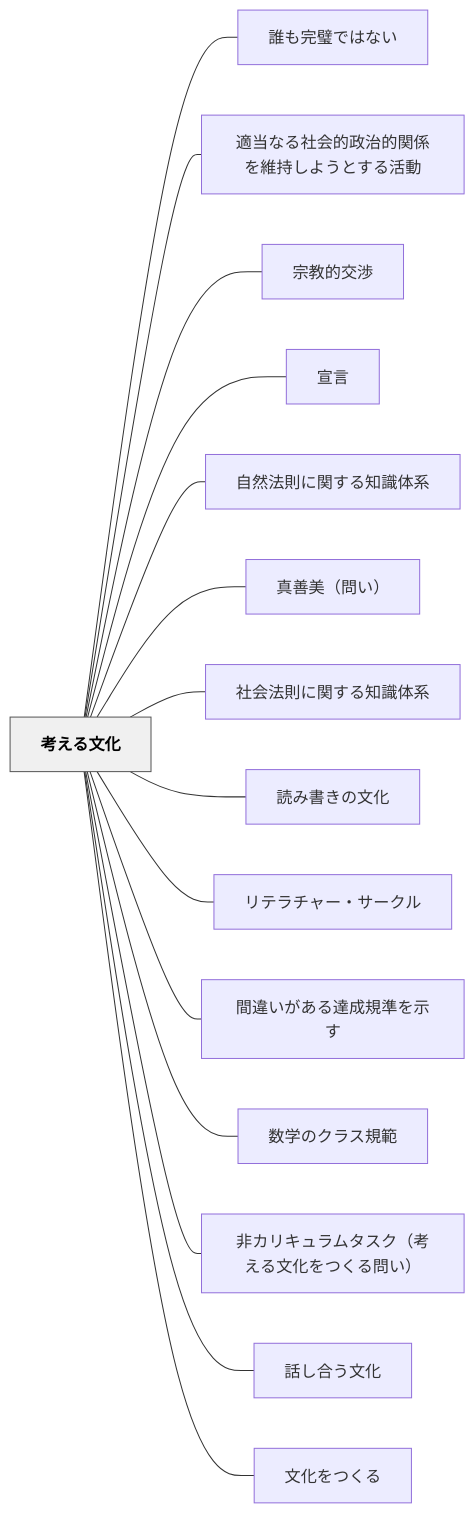
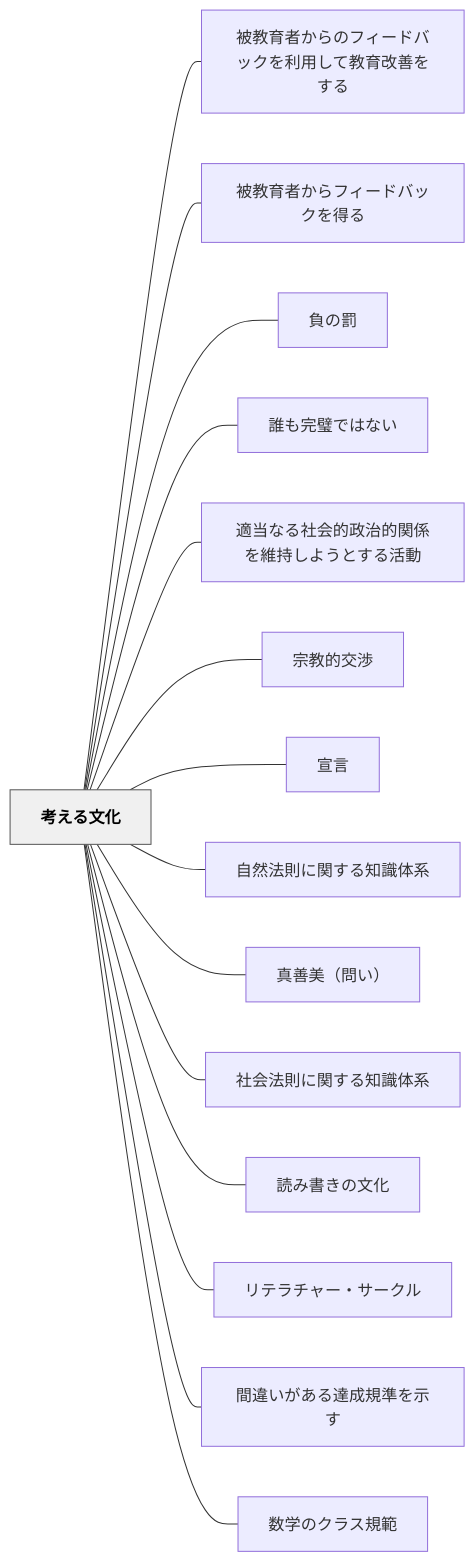
Before and after one commit to unknownthings-ed-patterns/unknownthings-ed-patterns: the diagram in content/パタン/考える文化.md, drawn with Mermaid. The commit also changed other lines of this file and 20 other files, not shown here.

````diff
--- a/content/パタン/考える文化.md
+++ b/content/パタン/考える文化.md
@@ -93,36 +96,36 @@
 ```mermaid
 flowchart LR
     ne88083e38188e3828be69687e58c96["考える文化"]
+    ne8a2abe69599e882b2e88085e3818be38289e381aee38395e382a3e383bce38389e38390e38383e382afe38292e588a9e794a8e38197e381a6e69599e882b2e694b9e59684e38292e38199e3828b["被教育者からのフィードバックを利用して教育改善をする"]
+    ne8a2abe69599e882b2e88085e3818be38289e38395e382a3e383bce38389e38390e38383e382afe38292e5be97e3828b["被教育者からフィードバックを得る"]
+    ne8b2a0e381aee7bdb0["負の罰"]
     ne8aab0e38282e5ae8ce792a7e381a7e381afe381aae38184["誰も完璧ではない"]
     ne981a9e5bd93e381aae3828be7a4bee4bc9ae79a84e694bfe6b2bbe79a84e996a2e4bf82e38292e7b6ade68c81e38197e38288e38186e381a8e38199e3828be6b4bbe58b95["適当なる社会的政治的関係を維持しようとする活動"]
     ne5ae97e69599e79a84e4baa4e6b889["宗教的交渉"]
     ne5aea3e8a880["宣言"]
     ne887aae784b6e6b395e58987e381abe996a2e38199e3828be79fa5e8ad98e4bd93e7b3bb["自然法則に関する知識体系"]
     ne79c9fe59684e7be8eefbc88e5958fe38184efbc89["真善美（問い）"]
     ne7a4bee4bc9ae6b395e58987e381abe996a2e38199e3828be79fa5e8ad98e4bd93e7b3bb["社会法則に関する知識体系"]
     ne8aaade381bfe69bb8e3818de381aee69687e58c96["読み書きの文化"]
     ne383aae38386e383a9e38381e383a3e383bce383bbe382b5e383bce382afe383ab["リテラチャー・サークル"]
     ne99693e98195e38184e3818ce38182e3828be98194e68890e8a68fe6ba96e38292e7a4bae38199["間違いがある達成規準を示す"]
     ne695b0e5ada6e381aee382afe383a9e382b9e8a68fe7af84["数学のクラス規範"]
-    ne99d9ee382abe383aae382ade383a5e383a9e383a0e382bfe382b9e382afefbc88e88083e38188e3828be69687e58c96e38292e381a4e3818fe3828be5958fe38184efbc89["非カリキュラムタスク（考える文化をつくる問い）"]
-    ne8a9b1e38197e59088e38186e69687e58c96["話し合う文化"]
-    ne69687e58c96e38292e381a4e3818fe3828b["文化をつくる"]
 
+    ne88083e38188e3828be69687e58c96 --- ne8a2abe69599e882b2e88085e3818be38289e381aee38395e382a3e383bce38389e38390e38383e382afe38292e588a9e794a8e38197e381a6e69599e882b2e694b9e59684e38292e38199e3828b
+    ne88083e38188e3828be69687e58c96 --- ne8a2abe69599e882b2e88085e3818be38289e38395e382a3e383bce38389e38390e38383e382afe38292e5be97e3828b
+    ne88083e38188e3828be69687e58c96 --- ne8b2a0e381aee7bdb0
     ne88083e38188e3828be69687e58c96 --- ne8aab0e38282e5ae8ce792a7e381a7e381afe381aae38184
     ne88083e38188e3828be69687e58c96 --- ne981a9e5bd93e381aae3828be7a4bee4bc9ae79a84e694bfe6b2bbe79a84e996a2e4bf82e38292e7b6ade68c81e38197e38288e38186e381a8e38199e3828be6b4bbe58b95
     ne88083e38188e3828be69687e58c96 --- ne5ae97e69599e79a84e4baa4e6b889
     ne88083e38188e3828be69687e58c96 --- ne5aea3e8a880
     ne88083e38188e3828be69687e58c96 --- ne887aae784b6e6b395e58987e381abe996a2e38199e3828be79fa5e8ad98e4bd93e7b3bb
     ne88083e38188e3828be69687e58c96 --- ne79c9fe59684e7be8eefbc88e5958fe38184efbc89
     ne88083e38188e3828be69687e58c96 --- ne7a4bee4bc9ae6b395e58987e381abe996a2e38199e3828be79fa5e8ad98e4bd93e7b3bb
     ne88083e38188e3828be69687e58c96 --- ne8aaade381bfe69bb8e3818de381aee69687e58c96
     ne88083e38188e3828be69687e58c96 --- ne383aae38386e383a9e38381e383a3e383bce383bbe382b5e383bce382afe383ab
     ne88083e38188e3828be69687e58c96 --- ne99693e98195e38184e3818ce38182e3828be98194e68890e8a68fe6ba96e38292e7a4bae38199
     ne88083e38188e3828be69687e58c96 --- ne695b0e5ada6e381aee382afe383a9e382b9e8a68fe7af84
-    ne88083e38188e3828be69687e58c96 --- ne99d9ee382abe383aae382ade383a5e383a9e383a0e382bfe382b9e382afefbc88e88083e38188e3828be69687e58c96e38292e381a4e3818fe3828be5958fe38184efbc89
-    ne88083e38188e3828be69687e58c96 --- ne8a9b1e38197e59088e38186e69687e58c96
-    ne88083e38188e3828be69687e58c96 --- ne69687e58c96e38292e381a4e3818fe3828b
 
     classDef hub fill:#f0f0f0,stroke:#555,color:#000,font-weight:bold
     class ne88083e38188e3828be69687e58c96 hub
 ```
````
